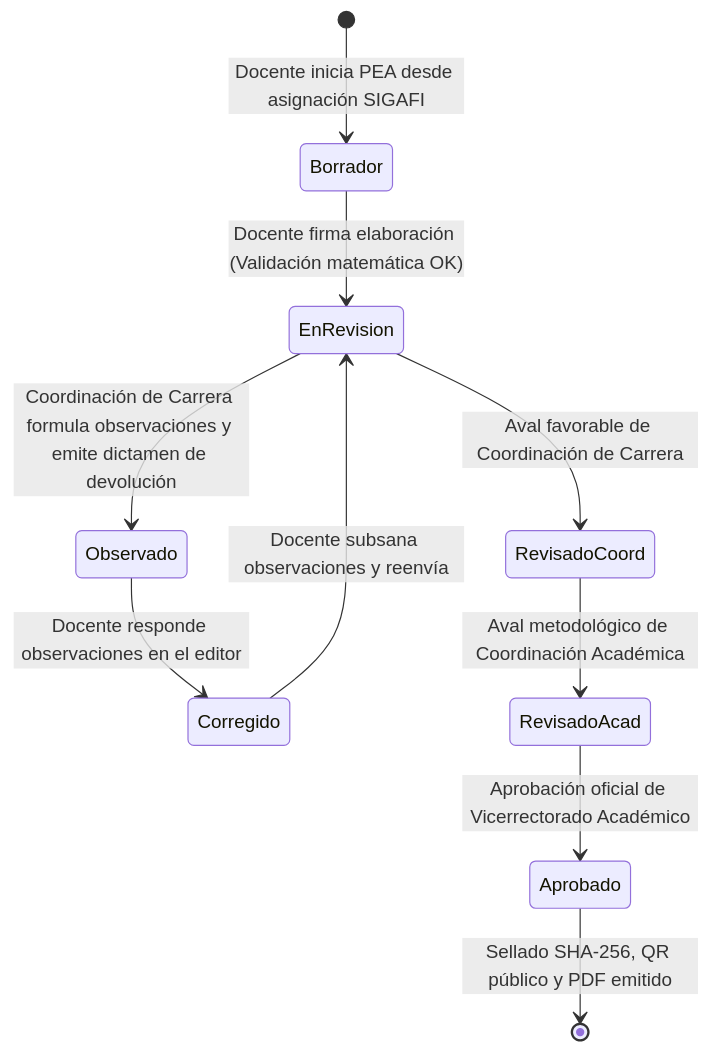
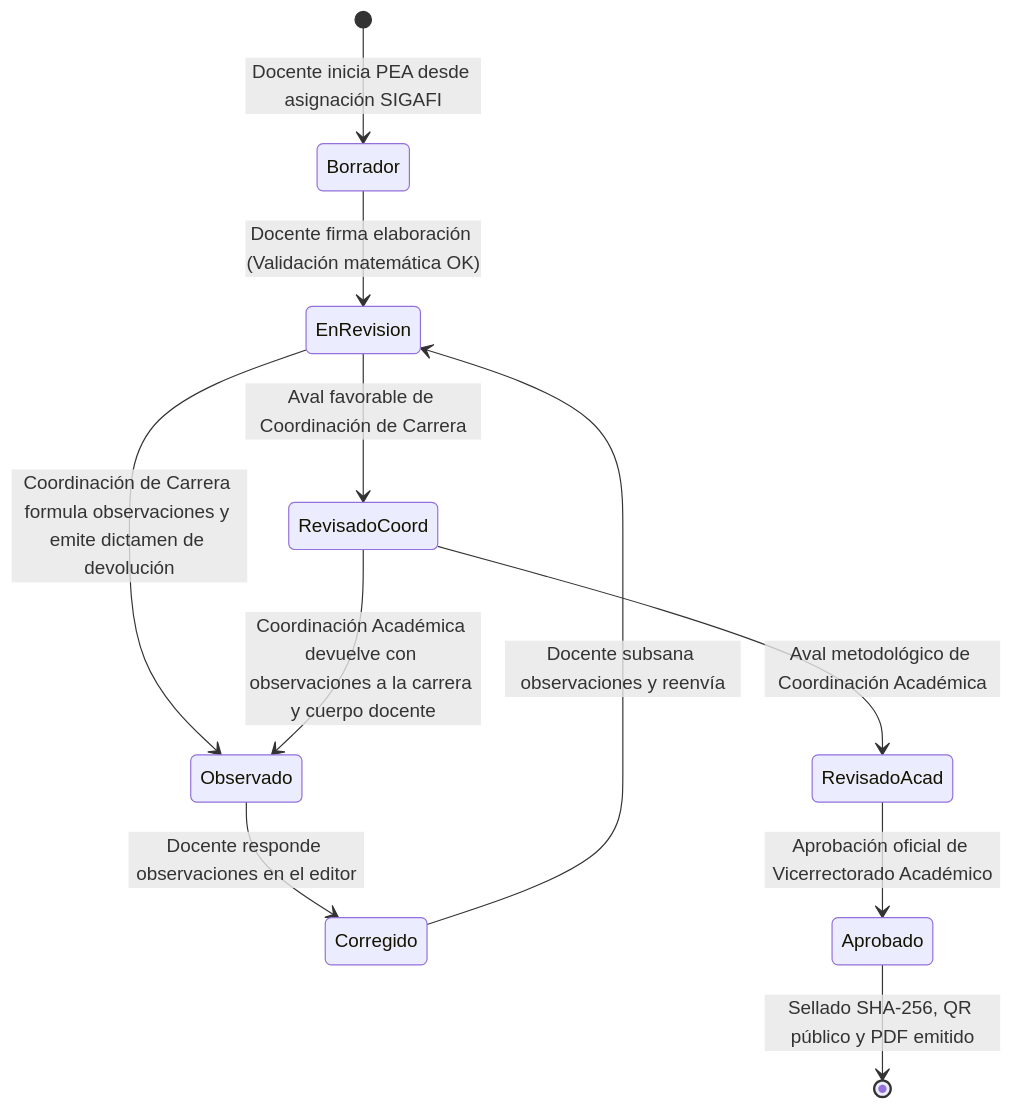
Before and after one commit to JorgeDoicela/dosier: the diagram in docs/documentacion/02-backend-servicios/04-ciclo-vida-curricular-y-workflow.md, drawn with Mermaid. The commit also changed other lines of this file and 38 other files, not shown here.

````diff
--- a/docs/documentacion/02-backend-servicios/04-ciclo-vida-curricular-y-workflow.md
+++ b/docs/documentacion/02-backend-servicios/04-ciclo-vida-curricular-y-workflow.md
@@ -13,12 +13,13 @@
 ```mermaid
 stateDiagram-v2
     [*] --> Borrador: Docente inicia PEA desde asignación SIGAFI
     Borrador --> EnRevision: Docente firma elaboración (Validación matemática OK)
     Corregido --> EnRevision: Docente subsana observaciones y reenvía
     EnRevision --> Observado: Coordinación de Carrera formula observaciones y emite dictamen de devolución
     Observado --> Corregido: Docente responde observaciones en el editor
     EnRevision --> RevisadoCoord: Aval favorable de Coordinación de Carrera
+    RevisadoCoord --> Observado: Coordinación Académica devuelve con observaciones a la carrera y cuerpo docente
     RevisadoCoord --> RevisadoAcad: Aval metodológico de Coordinación Académica
     RevisadoAcad --> Aprobado: Aprobación oficial de Vicerrectorado Académico
     Aprobado --> [*]: Sellado SHA-256, QR público y PDF emitido
 ```
````
